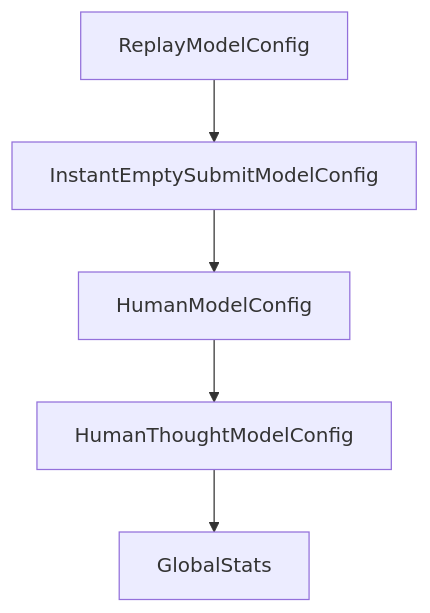
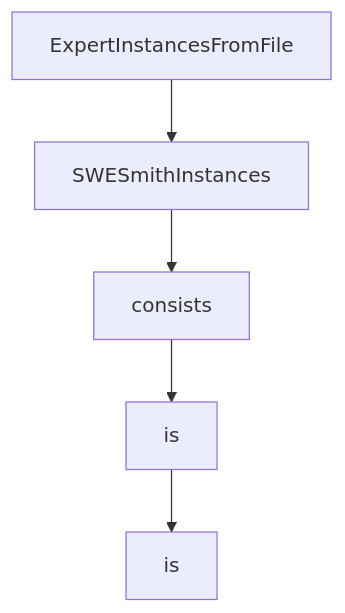
Before and after one commit to johnxie/awesome-code-docs: the diagram in tutorials/swe-agent-tutorial/06-offensive-security-mode-and-specialized-workloads.md, drawn with Mermaid. The commit also changed other lines of this file and 1232 other files, not shown here.

````diff
--- a/tutorials/swe-agent-tutorial/06-offensive-security-mode-and-specialized-workloads.md
+++ b/tutorials/swe-agent-tutorial/06-offensive-security-mode-and-specialized-workloads.md
@@ -210,12 +207,12 @@
 ```mermaid
 flowchart TD
-    A[ReplayModelConfig]
-    B[InstantEmptySubmitModelConfig]
-    C[HumanModelConfig]
-    D[HumanThoughtModelConfig]
-    E[GlobalStats]
+    A[ExpertInstancesFromFile]
+    B[SWESmithInstances]
+    C[consists]
+    D[is]
+    E[is]
     A --> B
     B --> C
     C --> D
     D --> E
 ```
````
